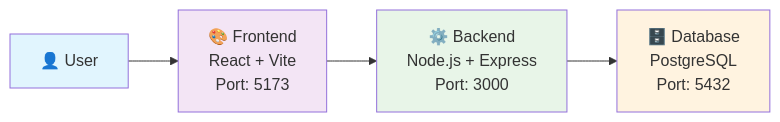
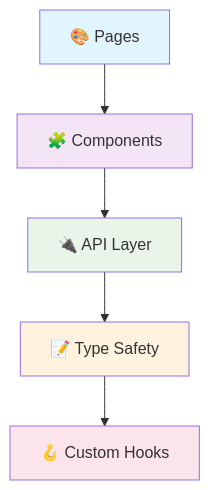
The first of 2 diagrams in README.md (zakkutsu/uma-notes), drawn with Mermaid before and after one commit. The commit also changed other lines of this file, not shown here.

````diff
--- a/README.md
+++ b/README.md
@@ -101,11 +460,13 @@
 ```mermaid
-graph LR
-    A[👤 User] --> B[🎨 Frontend<br/>React + Vite<br/>Port: 5173]
-    B --> C[⚙️ Backend<br/>Node.js + Express<br/>Port: 3000]
-    C --> D[🗄️ Database<br/>PostgreSQL<br/>Port: 5432]
+graph TD
+    A[🎨 Pages] --> B[🧩 Components]
+    B --> C[🔌 API Layer]
+    C --> D[📝 Type Safety]
+    D --> E[🪝 Custom Hooks]
     
     style A fill:#e1f5fe
     style B fill:#f3e5f5
     style C fill:#e8f5e8
     style D fill:#fff3e0
+    style E fill:#fce4ec
 ```
````
